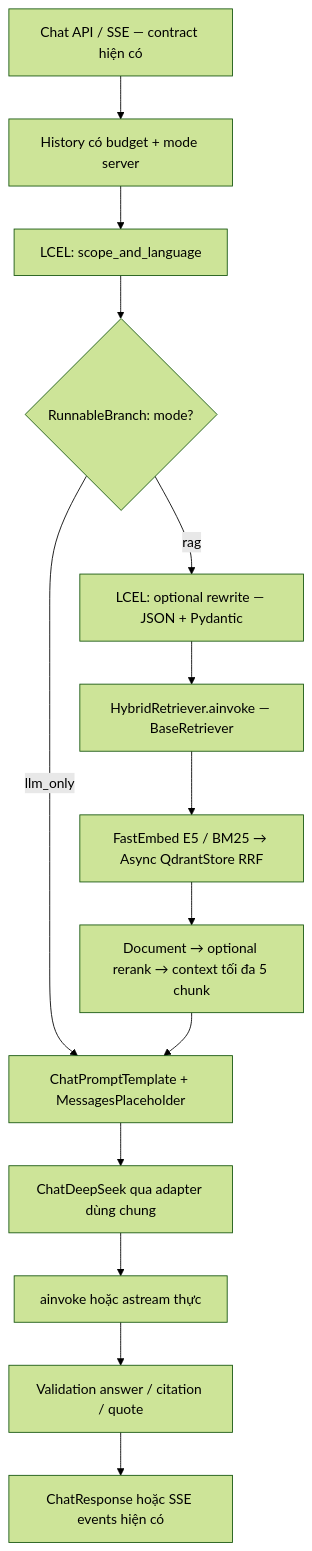
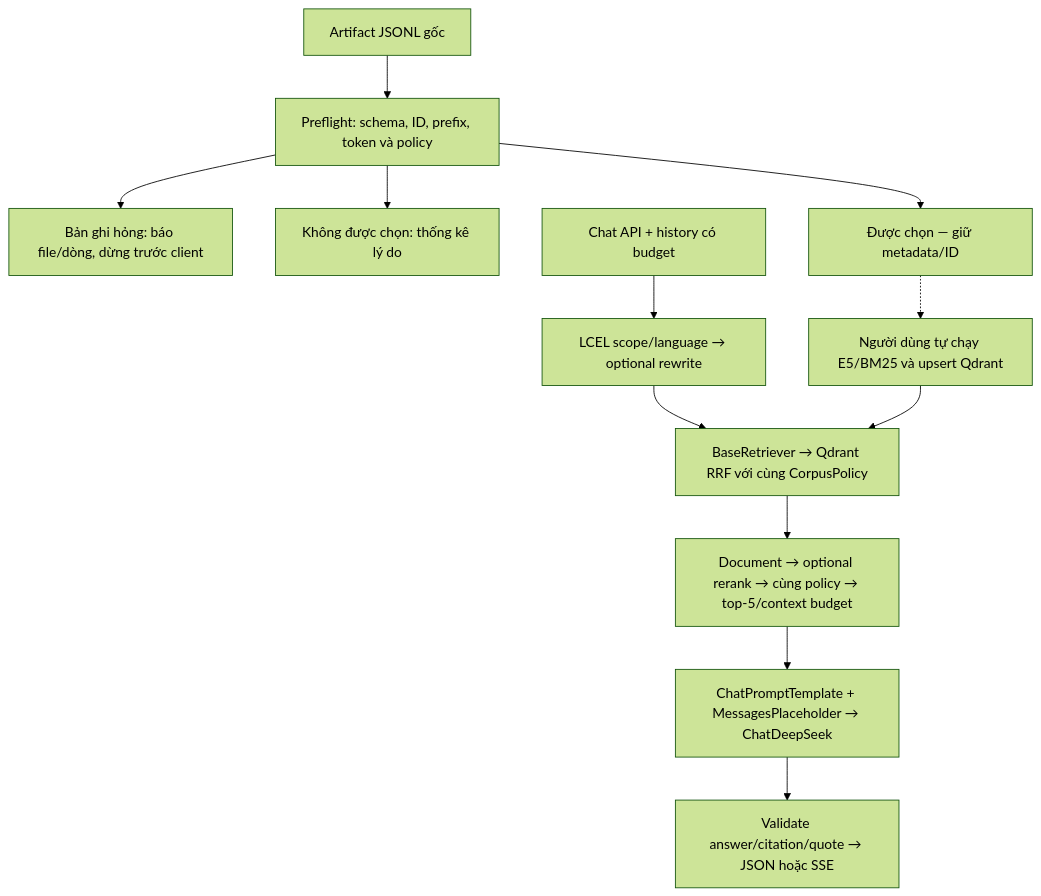
One commit to HoanBuCon/Index-Beast changed the diagram in backend/app/rag/README.md. Above: the diagram before and after it, drawn with Mermaid (forest theme). The commit also changed other lines of this file and 30 other files, not shown here.

Commit message:
feat(rag): integrate pilot corpus and validate live pipeline

````diff
--- a/backend/app/rag/README.md
+++ b/backend/app/rag/README.md
@@ -21,16 +19,14 @@
 ```mermaid
 flowchart TD
-    A["Chat API / SSE — contract hiện có"] --> B["History có budget + mode server"]
-    B --> C["LCEL: scope_and_language"]
-    C --> D{"RunnableBranch: mode?"}
-    D -->|llm_only| P["ChatPromptTemplate + MessagesPlaceholder"]
-    D -->|rag| E["LCEL: optional rewrite — JSON + Pydantic"]
-    E --> F["HybridRetriever.ainvoke — BaseRetriever"]
-    F --> G["FastEmbed E5 / BM25 → Async QdrantStore RRF"]
-    G --> H["Document → optional rerank → context tối đa 5 chunk"]
-    H --> P
-    P --> I["ChatDeepSeek qua adapter dùng chung"]
-    I --> J["ainvoke hoặc astream thực"]
-    J --> K["Validation answer / citation / quote"]
-    K --> L["ChatResponse hoặc SSE events hiện có"]
+    A["Artifact JSONL gốc"] --> B["Preflight: schema, ID, prefix, token và policy"]
+    B --> C["Bản ghi hỏng: báo file/dòng, dừng trước client"]
+    B --> D["Không được chọn: thống kê lý do"]
+    B --> E["Được chọn — giữ metadata/ID"]
+    E -.-> F["Người dùng tự chạy E5/BM25 và upsert Qdrant"]
+    G["Chat API + history có budget"] --> H["LCEL scope/language → optional rewrite"]
+    H --> I["BaseRetriever → Qdrant RRF với cùng CorpusPolicy"]
+    F --> I
+    I --> J["Document → optional rerank → cùng policy → top-5/context budget"]
+    J --> K["ChatPromptTemplate + MessagesPlaceholder → ChatDeepSeek"]
+    K --> L["Validate answer/citation/quote → JSON hoặc SSE"]
 ```
````
